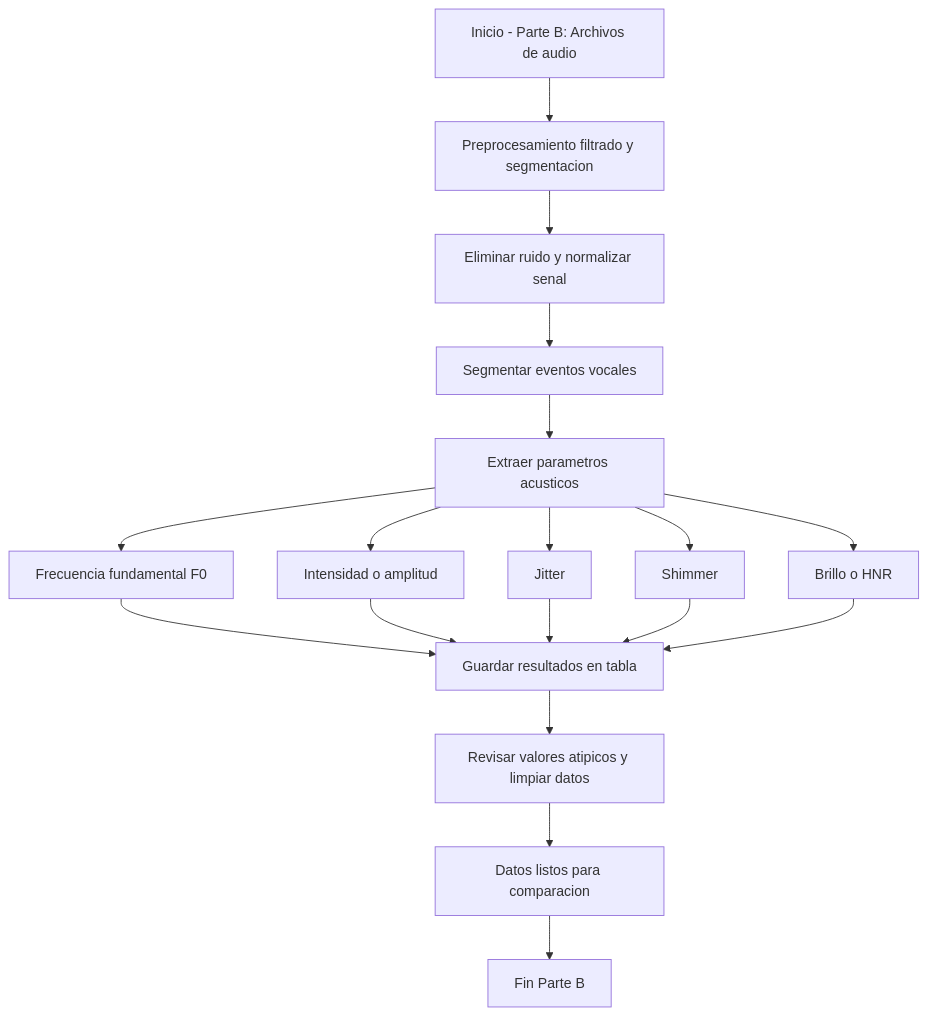
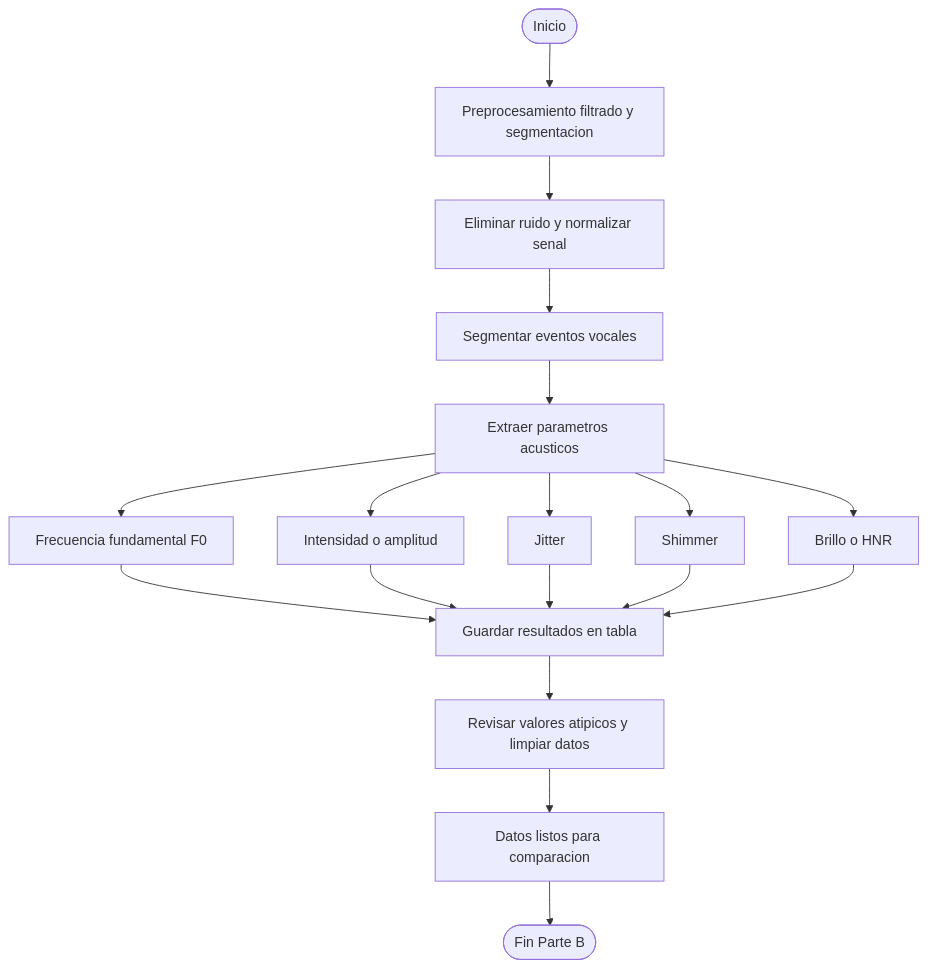
The second of 3 diagrams in README.md (LauraDaniela09/Laboratorio_3), drawn with Mermaid before and after one commit. The commit also changed other lines of this file, not shown here.

````diff
--- a/README.md
+++ b/README.md
@@ -481,16 +481,16 @@
 ```mermaid
 flowchart TD
-  A[Inicio - Parte B: Archivos de audio] --> B[Preprocesamiento filtrado y segmentacion]
+  A([Inicio]) --> B[Preprocesamiento filtrado y segmentacion]
   B --> C[Eliminar ruido y normalizar senal]
   C --> D[Segmentar eventos vocales]
   D --> E[Extraer parametros acusticos]
   E --> E1[Frecuencia fundamental F0]
   E --> E2[Intensidad o amplitud]
   E --> E3[Jitter]
   E --> E4[Shimmer]
   E --> E5[Brillo o HNR]
   E1 & E2 & E3 & E4 & E5 --> F[Guardar resultados en tabla]
   F --> G[Revisar valores atipicos y limpiar datos]
   G --> H[Datos listos para comparacion]
-  H --> I[Fin Parte B]
+  H --> I([Fin Parte B])
 ```
````
